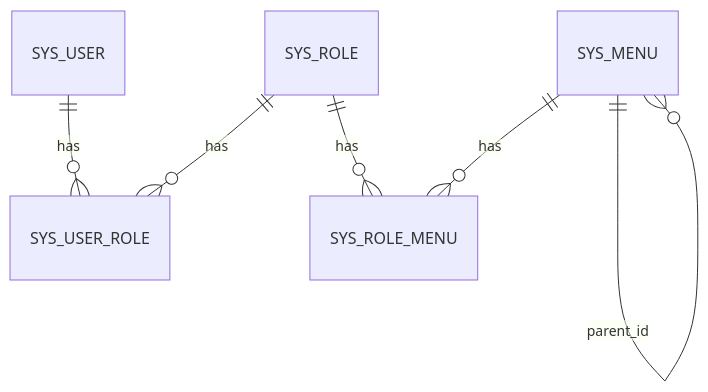
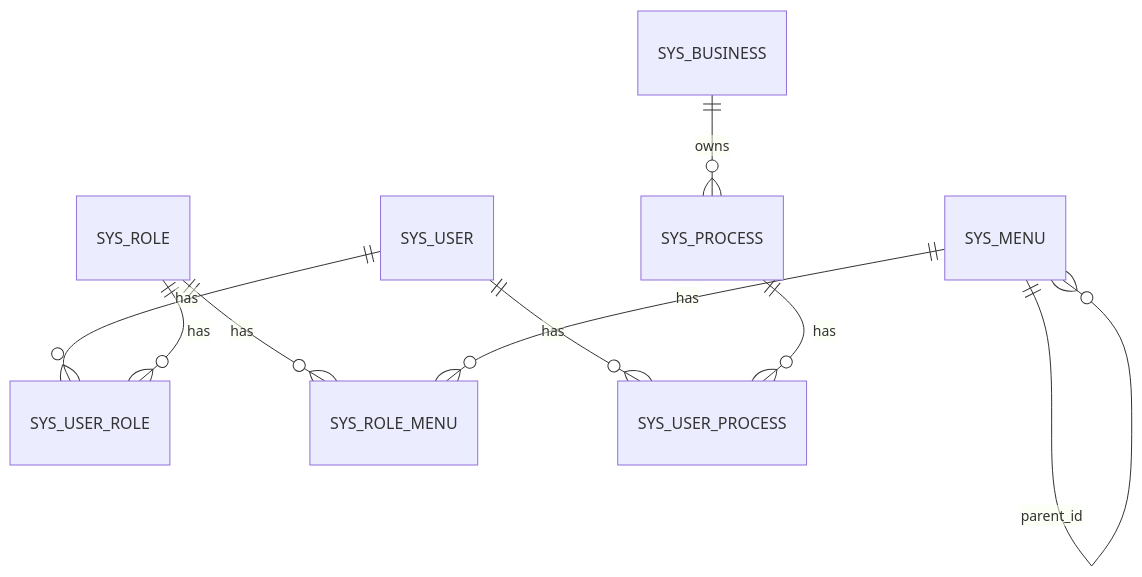
The diagram in design_docs/permission_system_design.md (shute001/qc-system-demo), drawn with Mermaid before and after one commit. The commit also changed other lines of this file and 2 other files, not shown here.

Commit message:
feat: Update Role Mangement and Process Management

````diff
--- a/design_docs/permission_system_design.md
+++ b/design_docs/permission_system_design.md
@@ -29,8 +29,11 @@
 ```mermaid
 erDiagram
     SYS_USER ||--o{ SYS_USER_ROLE : has
     SYS_ROLE ||--o{ SYS_USER_ROLE : has
     SYS_ROLE ||--o{ SYS_ROLE_MENU : has
     SYS_MENU ||--o{ SYS_ROLE_MENU : has
     SYS_MENU ||--o{ SYS_MENU : "parent_id"
+    SYS_BUSINESS ||--o{ SYS_PROCESS : owns
+    SYS_USER ||--o{ SYS_USER_PROCESS : has
+    SYS_PROCESS ||--o{ SYS_USER_PROCESS : has
 ```
````
